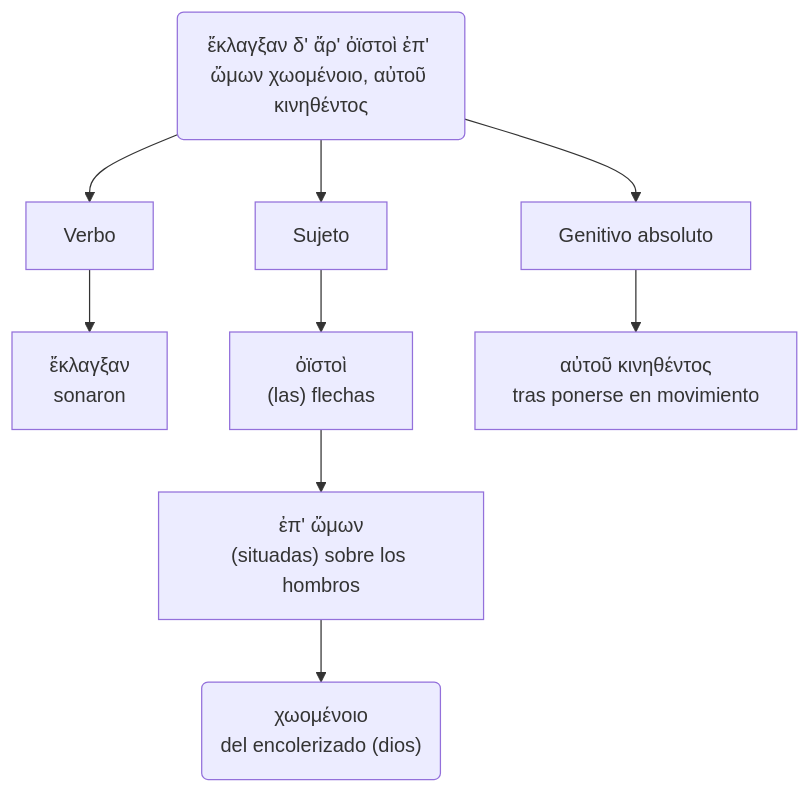
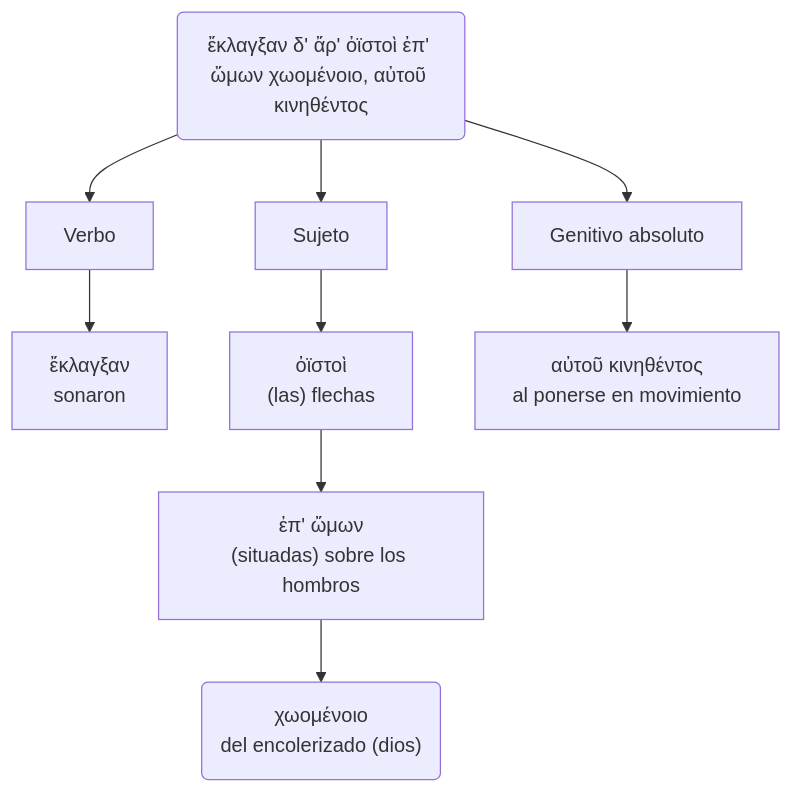
Before and after one commit to pajaro1966/Asignaturas: the third of 3 diagrams in docs/textos.md, drawn with Mermaid. The commit also changed other lines of this file and 97 other files, not shown here.

````diff
--- a/docs/textos.md
+++ b/docs/textos.md
@@ -290,21 +295,21 @@
 ```mermaid
 
 graph TB
 
 A("ἔκλαγξαν δ' ἄρ' ὀϊστοὶ ἐπ' ὤμων χωομένοιο, αὐτοῦ κινηθέντος")
   node_1["Verbo"]
   node_2["ἔκλαγξαν<br>sonaron"]
   node_3["Sujeto"]
   node_4["ὀϊστοὶ<br>(las) flechas"]
   node_5["ἐπ#39; ὤμων<br>(situadas) sobre los hombros"]-->node_51("χωομένοιο<br>del encolerizado (dios)")
   node_6["Genitivo absoluto"]
-  node_7["αὐτοῦ κινηθέντος<br>tras ponerse en movimiento"]
+  node_7["αὐτοῦ κινηθέντος<br>al ponerse en movimiento"]
   A --> node_1
   node_1 --> node_2
   A --> node_3
   node_3 --> node_4
   node_4 --> node_5
   A --> node_6
   node_6 --> node_7
 
 ```
````
